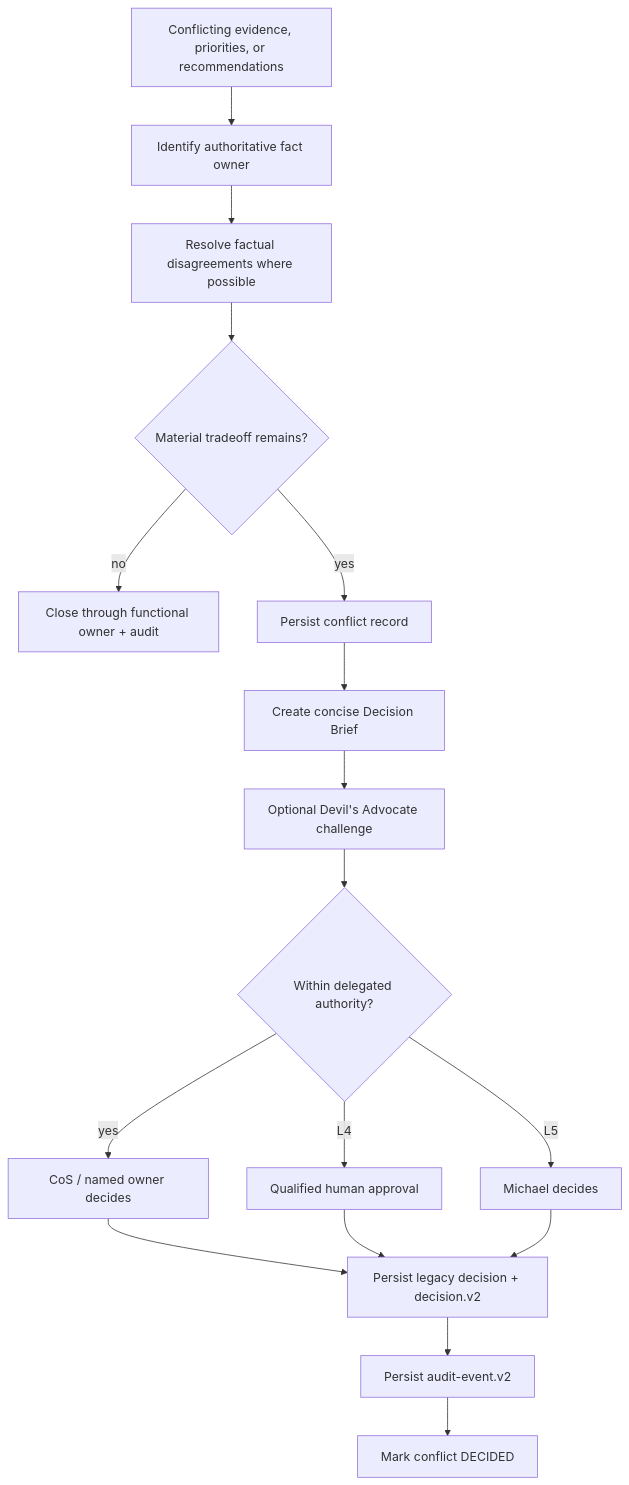
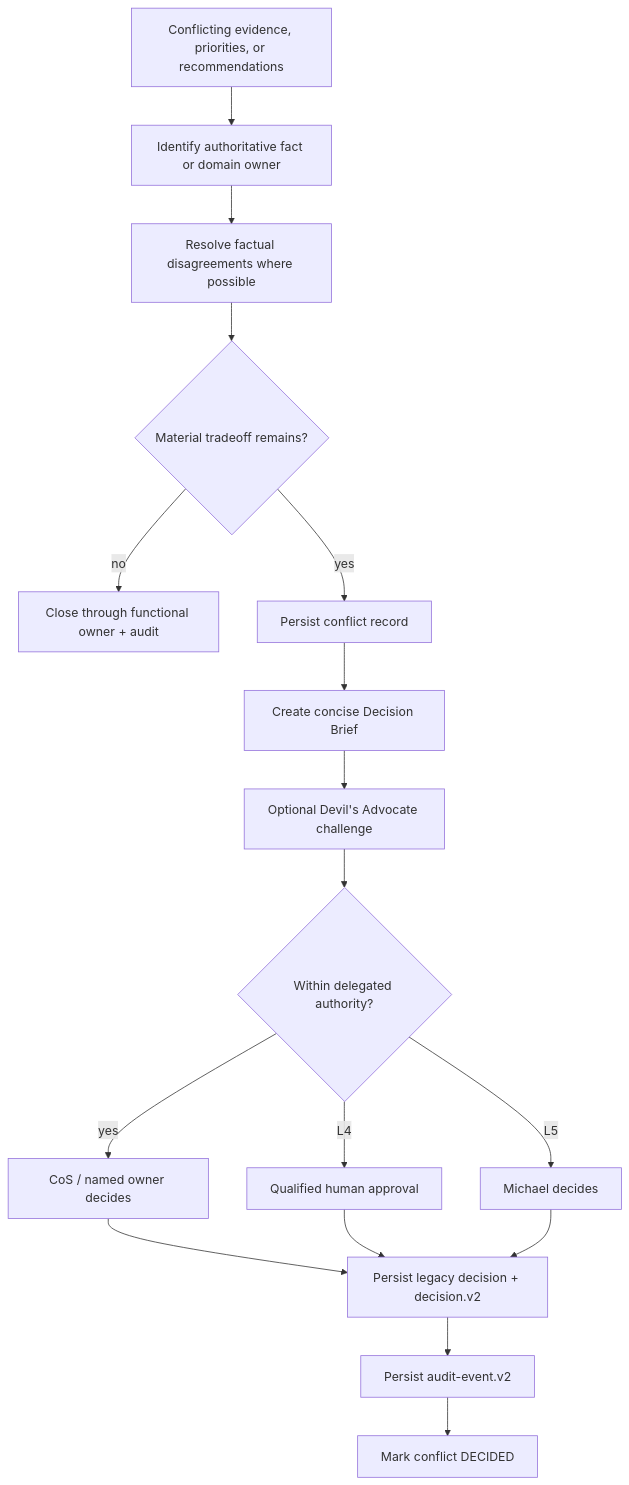
Before and after one commit to mkleinbe/mesh-ai-agent-cos-universe: the diagram in docs/conflict-resolution.md, drawn with Mermaid. The commit also changed other lines of this file, not shown here.

````diff
--- a/docs/conflict-resolution.md
+++ b/docs/conflict-resolution.md
@@ -19,19 +22,19 @@
 ```mermaid
 flowchart TB
-    C[Conflicting evidence, priorities, or recommendations] --> A[Identify authoritative fact owner]
+    C[Conflicting evidence, priorities, or recommendations] --> A[Identify authoritative fact or domain owner]
     A --> F[Resolve factual disagreements where possible]
     F --> T{Material tradeoff remains?}
     T -->|no| CLOSE[Close through functional owner + audit]
     T -->|yes| CR[Persist conflict record]
     CR --> B[Create concise Decision Brief]
     B --> DA[Optional Devil's Advocate challenge]
     DA --> AUTH{Within delegated authority?}
     AUTH -->|yes| CD[CoS / named owner decides]
     AUTH -->|L4| H[Qualified human approval]
     AUTH -->|L5| M[Michael decides]
     CD --> DR[Persist legacy decision + decision.v2]
     H --> DR
     M --> DR
     DR --> EVT[Persist audit-event.v2]
     EVT --> RES[Mark conflict DECIDED]
 ```
````
